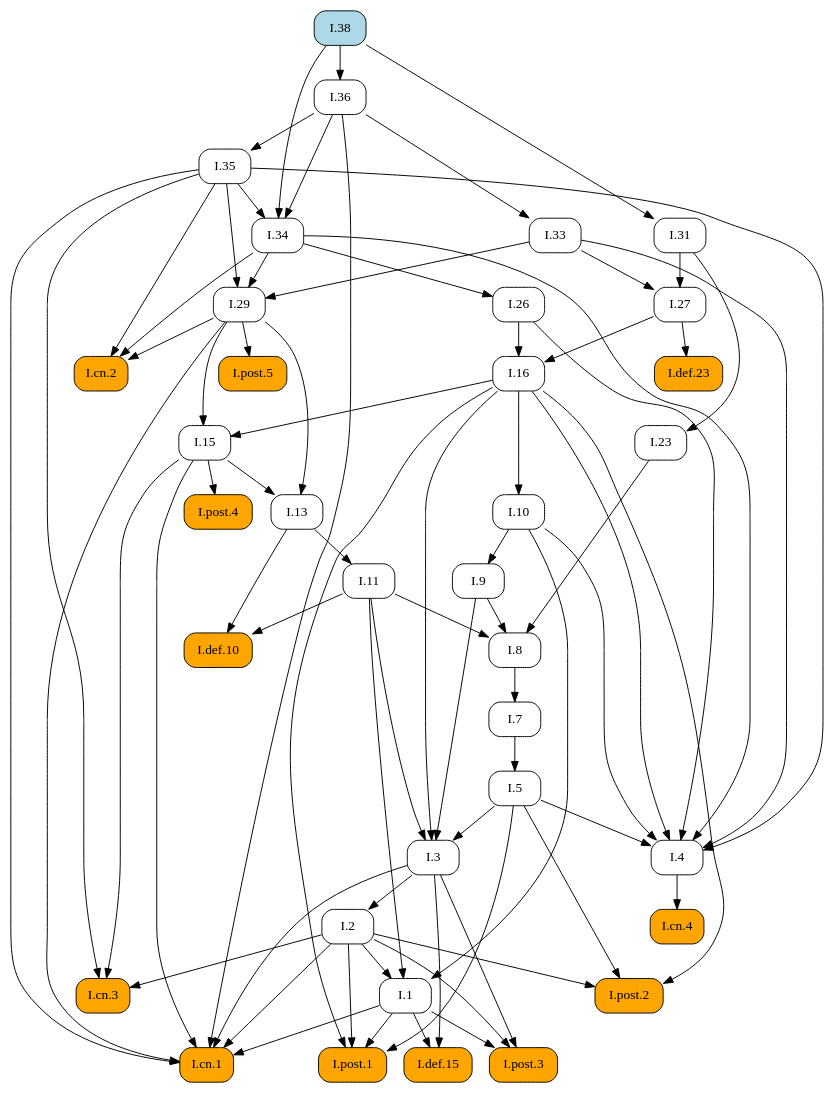
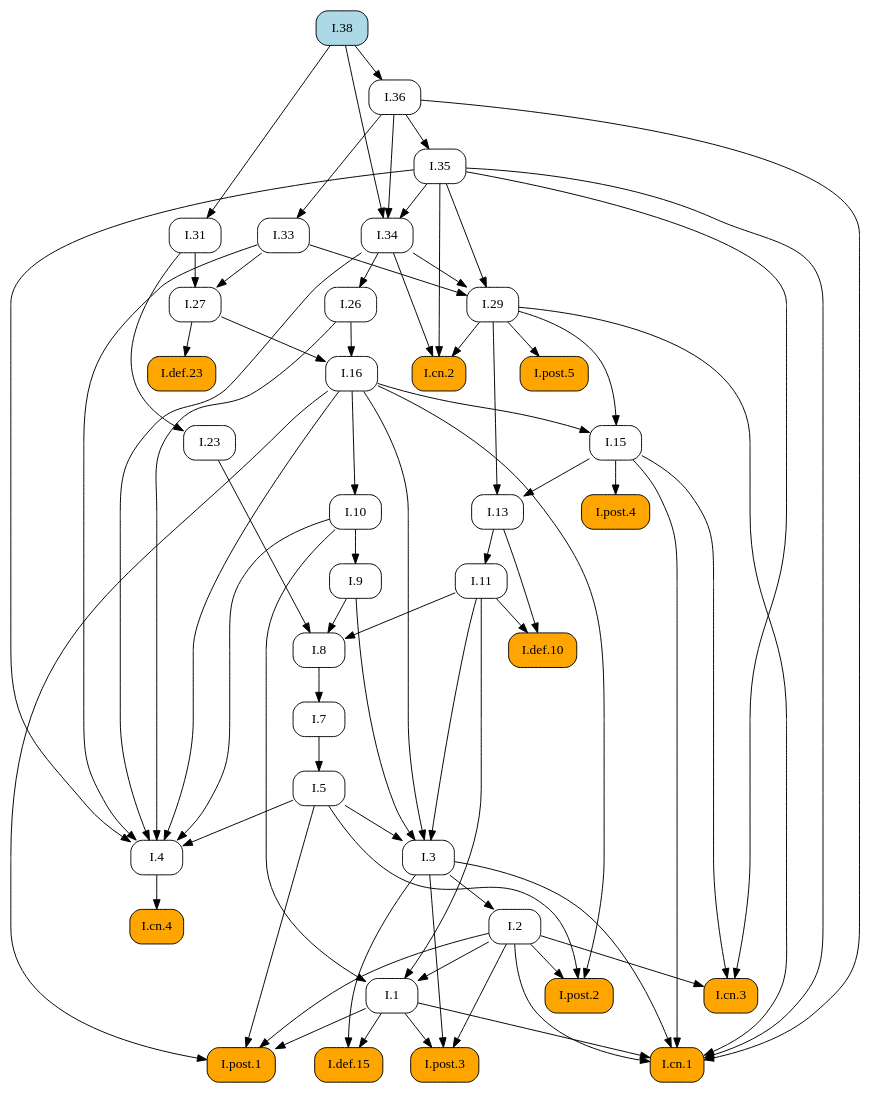
One commit to geometor/elements changed the diagram in docsrc/heath/I/38/index.rst. Above: the diagram before and after it, drawn with Graphviz. The commit also changed other lines of this file and 484 other files, not shown here.

```diff
--- a/docsrc/heath/I/38/index.rst
+++ b/docsrc/heath/I/38/index.rst
@@ -49,60 +49,66 @@
    digraph {
      rankdir="TB";
      node [shape=box, style=rounded];
-     "I.def.10" [style="rounded,filled", fillcolor=orange, URL="/heath/I/def.10/", target="_top"];
-     "I.11" [URL="/heath/I/11/", target="_top"];
-     "I.post.4" [style="rounded,filled", fillcolor=orange, URL="/heath/I/post.4/", target="_top"];
-     "I.1" [URL="/heath/I/1/", target="_top"];
-     "I.26" [URL="/heath/I/26/", target="_top"];
-     "I.29" [URL="/heath/I/29/", target="_top"];
-     "I.cn.2" [style="rounded,filled", fillcolor=orange, URL="/heath/I/cn.2/", target="_top"];
+     "I.23" [URL="/heath/I/23/", target="_top"];
+     "I.9" [URL="/heath/I/9/", target="_top"];
+     "I.33" [URL="/heath/I/33/", target="_top"];
      "I.def.15" [style="rounded,filled", fillcolor=orange, URL="/heath/I/def.15/", target="_top"];
      "I.post.3" [style="rounded,filled", fillcolor=orange, URL="/heath/I/post.3/", target="_top"];
-     "I.cn.1" [style="rounded,filled", fillcolor=orange, URL="/heath/I/cn.1/", target="_top"];
-     "I.cn.3" [style="rounded,filled", fillcolor=orange, URL="/heath/I/cn.3/", target="_top"];
-     "I.23" [URL="/heath/I/23/", target="_top"];
      "I.post.1" [style="rounded,filled", fillcolor=orange, URL="/heath/I/post.1/", target="_top"];
-     "I.35" [URL="/heath/I/35/", target="_top"];
-     "I.36" [URL="/heath/I/36/", target="_top"];
+     "I.31" [URL="/heath/I/31/", target="_top"];
+     "I.def.10" [style="rounded,filled", fillcolor=orange, URL="/heath/I/def.10/", target="_top"];
      "I.27" [URL="/heath/I/27/", target="_top"];
-     "I.7" [URL="/heath/I/7/", target="_top"];
      "I.34" [URL="/heath/I/34/", target="_top"];
      "I.3" [URL="/heath/I/3/", target="_top"];
+     "I.35" [URL="/heath/I/35/", target="_top"];
+     "I.cn.1" [style="rounded,filled", fillcolor=orange, URL="/heath/I/cn.1/", target="_top"];
+     "I.7" [URL="/heath/I/7/", target="_top"];
      "I.2" [URL="/heath/I/2/", target="_top"];
+     "I.36" [URL="/heath/I/36/", target="_top"];
+     "I.13" [URL="/heath/I/13/", target="_top"];
+     "I.post.4" [style="rounded,filled", fillcolor=orange, URL="/heath/I/post.4/", target="_top"];
      "I.4" [URL="/heath/I/4/", target="_top"];
+     "I.1" [URL="/heath/I/1/", target="_top"];
+     "I.5" [URL="/heath/I/5/", target="_top"];
+     "I.8" [URL="/heath/I/8/", target="_top"];
+     "I.29" [URL="/heath/I/29/", target="_top"];
+     "I.cn.3" [style="rounded,filled", fillcolor=orange, URL="/heath/I/cn.3/", target="_top"];
+     "I.16" [URL="/heath/I/16/", target="_top"];
+     "I.38" [style="rounded,filled", fillcolor=lightblue, URL="/heath/I/38/", target="_top"];
+     "I.15" [URL="/heath/I/15/", target="_top"];
+     "I.10" [URL="/heath/I/10/", target="_top"];
+     "I.11" [URL="/heath/I/11/", target="_top"];
      "I.def.23" [style="rounded,filled", fillcolor=orange, URL="/heath/I/def.23/", target="_top"];
-     "I.13" [URL="/heath/I/13/", target="_top"];
-     "I.33" [URL="/heath/I/33/", target="_top"];
-     "I.31" [URL="/heath/I/31/", target="_top"];
+     "I.cn.2" [style="rounded,filled", fillcolor=orange, URL="/heath/I/cn.2/", target="_top"];
+     "I.post.5" [style="rounded,filled", fillcolor=orange, URL="/heath/I/post.5/", target="_top"];
+     "I.cn.4" [style="rounded,filled", fillcolor=orange, URL="/heath/I/cn.4/", target="_top"];
      "I.post.2" [style="rounded,filled", fillcolor=orange, URL="/heath/I/post.2/", target="_top"];
-     "I.16" [URL="/heath/I/16/", target="_top"];
-     "I.9" [URL="/heath/I/9/", target="_top"];
-     "I.8" [URL="/heath/I/8/", target="_top"];
-     "I.cn.4" [style="rounded,filled", fillcolor=orange, URL="/heath/I/cn.4/", target="_top"];
-     "I.15" [URL="/heath/I/15/", target="_top"];
-     "I.post.5" [style="rounded,filled", fillcolor=orange, URL="/heath/I/post.5/", target="_top"];
-     "I.38" [style="rounded,filled", fillcolor=lightblue, URL="/heath/I/38/", target="_top"];
-     "I.10" [URL="/heath/I/10/", target="_top"];
-     "I.5" [URL="/heath/I/5/", target="_top"];
-     "I.11" -> "I.def.10";
-     "I.13" -> "I.def.10";
-     "I.13" -> "I.11";
-     "I.15" -> "I.post.4";
-     "I.2" -> "I.1";
-     "I.10" -> "I.1";
-     "I.11" -> "I.1";
-     "I.34" -> "I.26";
-     "I.33" -> "I.29";
-     "I.34" -> "I.29";
-     "I.35" -> "I.29";
-     "I.29" -> "I.cn.2";
-     "I.34" -> "I.cn.2";
-     "I.35" -> "I.cn.2";
+     "I.26" [URL="/heath/I/26/", target="_top"];
+     "I.31" -> "I.23";
+     "I.10" -> "I.9";
+     "I.36" -> "I.33";
      "I.1" -> "I.def.15";
      "I.3" -> "I.def.15";
      "I.1" -> "I.post.3";
      "I.2" -> "I.post.3";
      "I.3" -> "I.post.3";
+     "I.1" -> "I.post.1";
+     "I.2" -> "I.post.1";
+     "I.5" -> "I.post.1";
+     "I.16" -> "I.post.1";
+     "I.38" -> "I.31";
+     "I.11" -> "I.def.10";
+     "I.13" -> "I.def.10";
+     "I.31" -> "I.27";
+     "I.33" -> "I.27";
+     "I.35" -> "I.34";
+     "I.36" -> "I.34";
+     "I.38" -> "I.34";
+     "I.5" -> "I.3";
+     "I.9" -> "I.3";
+     "I.11" -> "I.3";
+     "I.16" -> "I.3";
+     "I.36" -> "I.35";
      "I.1" -> "I.cn.1";
      "I.2" -> "I.cn.1";
      "I.3" -> "I.cn.1";
@@ -110,27 +116,12 @@
      "I.29" -> "I.cn.1";
      "I.35" -> "I.cn.1";
      "I.36" -> "I.cn.1";
-     "I.2" -> "I.cn.3";
-     "I.15" -> "I.cn.3";
-     "I.35" -> "I.cn.3";
-     "I.31" -> "I.23";
-     "I.1" -> "I.post.1";
-     "I.2" -> "I.post.1";
-     "I.5" -> "I.post.1";
-     "I.16" -> "I.post.1";
-     "I.36" -> "I.35";
+     "I.8" -> "I.7";
+     "I.3" -> "I.2";
      "I.38" -> "I.36";
-     "I.31" -> "I.27";
-     "I.33" -> "I.27";
-     "I.8" -> "I.7";
-     "I.35" -> "I.34";
-     "I.36" -> "I.34";
-     "I.38" -> "I.34";
-     "I.5" -> "I.3";
-     "I.9" -> "I.3";
-     "I.11" -> "I.3";
-     "I.16" -> "I.3";
-     "I.3" -> "I.2";
+     "I.15" -> "I.13";
+     "I.29" -> "I.13";
+     "I.15" -> "I.post.4";
      "I.5" -> "I.4";
      "I.10" -> "I.4";
      "I.16" -> "I.4";
@@ -138,24 +129,33 @@
      "I.33" -> "I.4";
      "I.34" -> "I.4";
      "I.35" -> "I.4";
+     "I.2" -> "I.1";
+     "I.10" -> "I.1";
+     "I.11" -> "I.1";
+     "I.7" -> "I.5";
+     "I.9" -> "I.8";
+     "I.11" -> "I.8";
+     "I.23" -> "I.8";
+     "I.33" -> "I.29";
+     "I.34" -> "I.29";
+     "I.35" -> "I.29";
+     "I.2" -> "I.cn.3";
+     "I.15" -> "I.cn.3";
+     "I.35" -> "I.cn.3";
+     "I.26" -> "I.16";
+     "I.27" -> "I.16";
+     "I.16" -> "I.15";
+     "I.29" -> "I.15";
+     "I.16" -> "I.10";
+     "I.13" -> "I.11";
      "I.27" -> "I.def.23";
-     "I.15" -> "I.13";
-     "I.29" -> "I.13";
-     "I.36" -> "I.33";
-     "I.38" -> "I.31";
+     "I.29" -> "I.cn.2";
+     "I.34" -> "I.cn.2";
+     "I.35" -> "I.cn.2";
+     "I.29" -> "I.post.5";
+     "I.4" -> "I.cn.4";
      "I.2" -> "I.post.2";
      "I.5" -> "I.post.2";
      "I.16" -> "I.post.2";
-     "I.26" -> "I.16";
-     "I.27" -> "I.16";
-     "I.10" -> "I.9";
-     "I.9" -> "I.8";
-     "I.11" -> "I.8";
-     "I.23" -> "I.8";
-     "I.4" -> "I.cn.4";
-     "I.16" -> "I.15";
-     "I.29" -> "I.15";
-     "I.29" -> "I.post.5";
-     "I.16" -> "I.10";
-     "I.7" -> "I.5";
+     "I.34" -> "I.26";
    }
```
